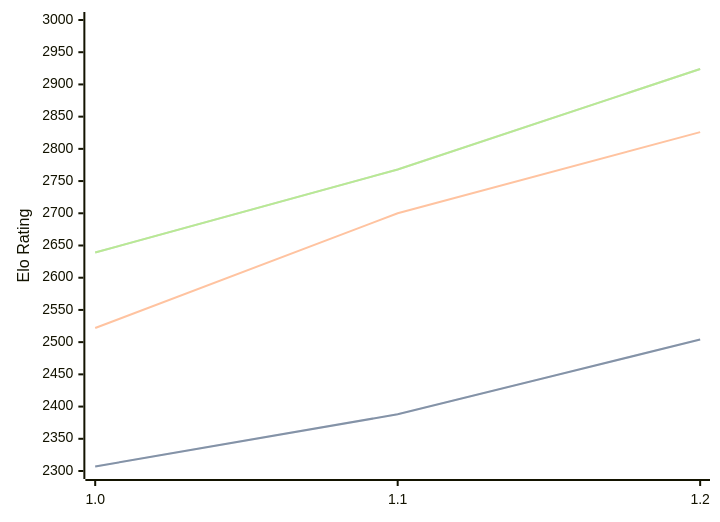
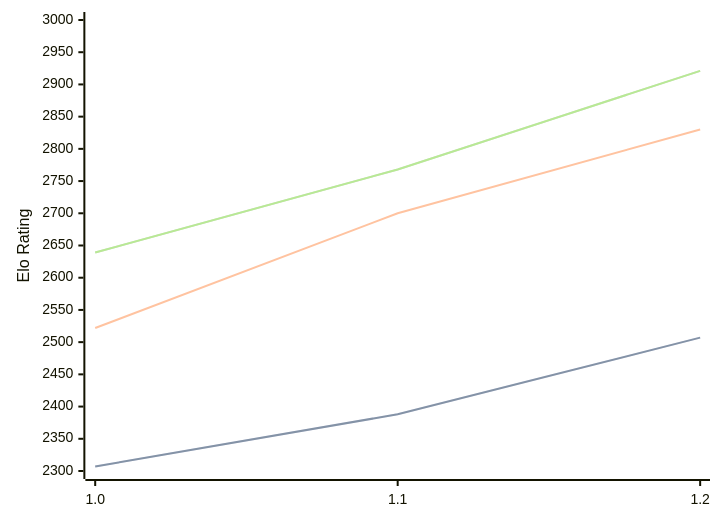
One commit to computer-chess-index/cci changed the diagram in engines/FoxChess.md. Above: the diagram before and after it, drawn with Mermaid. The commit also changed other lines of this file, not shown here.

Commit message:
Update CCI Ratings (ELO VLTC) - 2026-07-26

````diff
--- a/engines/FoxChess.md
+++ b/engines/FoxChess.md
@@ -33,11 +33,11 @@
 ```mermaid
 %%{init: {"theme":"base","themeVariables":{"seriesColors:['#a3a3a3','#222221','#faa371']}}}%%
 xychart-beta
   x-axis ["1.0", "1.1", "1.2"]
   y-axis "Elo Rating" 2300 --> 3000
-  line "STC (8.0+0.08s)" [2307, 2388, 2504]
-  line "STC (8.0+0.08s)" [2307, 2388, 2504]
-  line "LTC (60.0+0.60s)" [2522, 2700, 2826]
-  line "VLTC (2m24s+1.12s)" [2639, 2768, 2924]
-  line "VLTC (2m24s+1.12s)" [2639, 2768, 2924]
+  line "STC (8.0+0.08s)" [2307, 2388, 2507]
+  line "STC (8.0+0.08s)" [2307, 2388, 2507]
+  line "LTC (60.0+0.60s)" [2522, 2700, 2830]
+  line "VLTC (2m24s+1.12s)" [2639, 2768, 2921]
+  line "VLTC (2m24s+1.12s)" [2639, 2768, 2921]
 ```
````
